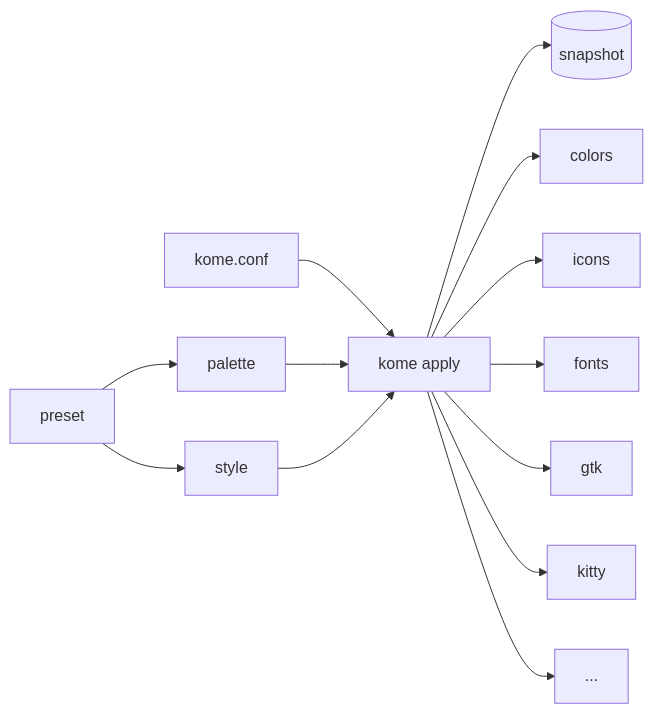
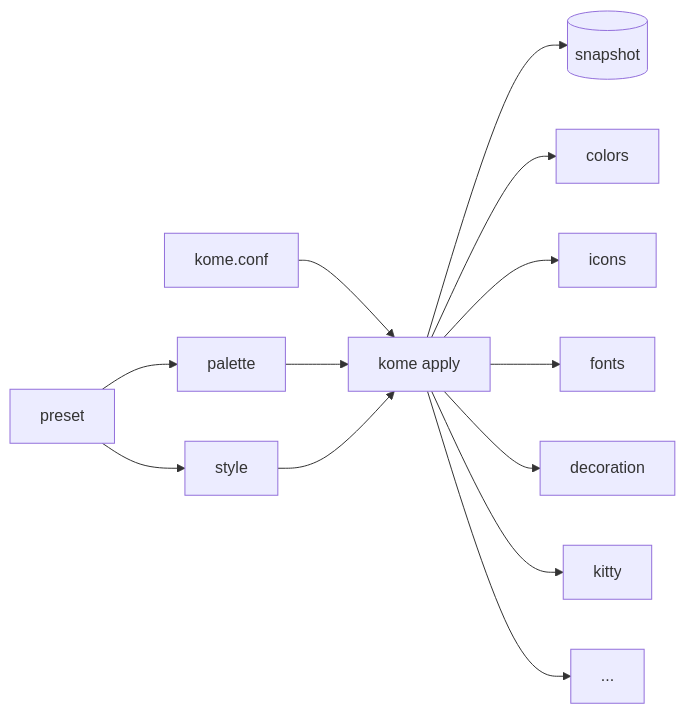
The diagram in README.md (MeltedGlitch/kome), drawn with Mermaid before and after one commit. The commit also changed other lines of this file and 6 other files, not shown here.

````diff
--- a/README.md
+++ b/README.md
@@ -149,15 +158,15 @@
 ```mermaid
 flowchart LR
     P[preset] --> PA[palette]
     P --> ST[style]
     C[kome.conf] --> A
     PA --> A[kome apply]
     ST --> A
     A --> S[(snapshot)]
     A --> U1[colors]
     A --> U2[icons]
     A --> U3[fonts]
-    A --> U4[gtk]
+    A --> U4[decoration]
     A --> U5[kitty]
     A --> U6[...]
 ```
````
